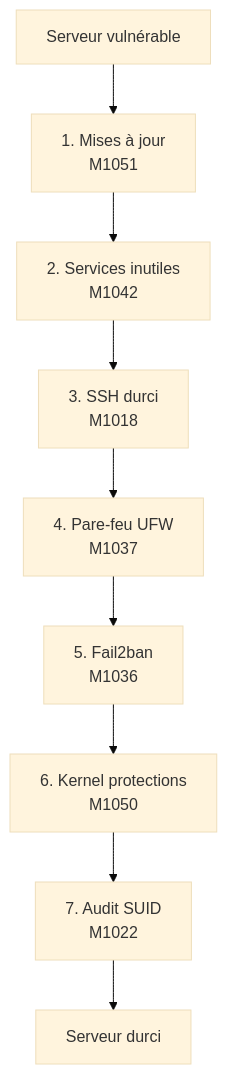
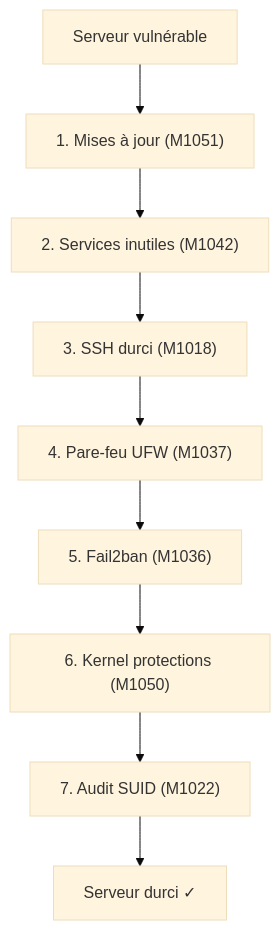
One commit to yugmerabtene/techniques-de-hacking-niveau-1 changed the second of 2 diagrams in JOUR-04.md. Above: the diagram before and after it, drawn with Mermaid (base theme). The commit also changed other lines of this file and 8 other files, not shown here.

````diff
--- a/JOUR-04.md
+++ b/JOUR-04.md
@@ -143,11 +77,11 @@
 ```mermaid
 flowchart TB
-    A["Serveur vulnérable"] --> B["1. Mises à jour<br/>M1051"]
-    B --> C["2. Services inutiles<br/>M1042"]
-    C --> D["3. SSH durci<br/>M1018"]
-    D --> E["4. Pare-feu UFW<br/>M1037"]
-    E --> F["5. Fail2ban<br/>M1036"]
-    F --> G["6. Kernel protections<br/>M1050"]
-    G --> H["7. Audit SUID<br/>M1022"]
-    H --> I["Serveur durci"]
+    A["Serveur vulnérable"] --> B["1. Mises à jour (M1051)"]
+    B --> C["2. Services inutiles (M1042)"]
+    C --> D["3. SSH durci (M1018)"]
+    D --> E["4. Pare-feu UFW (M1037)"]
+    E --> F["5. Fail2ban (M1036)"]
+    F --> G["6. Kernel protections (M1050)"]
+    G --> H["7. Audit SUID (M1022)"]
+    H --> I["Serveur durci ✓"]
 ```
````
